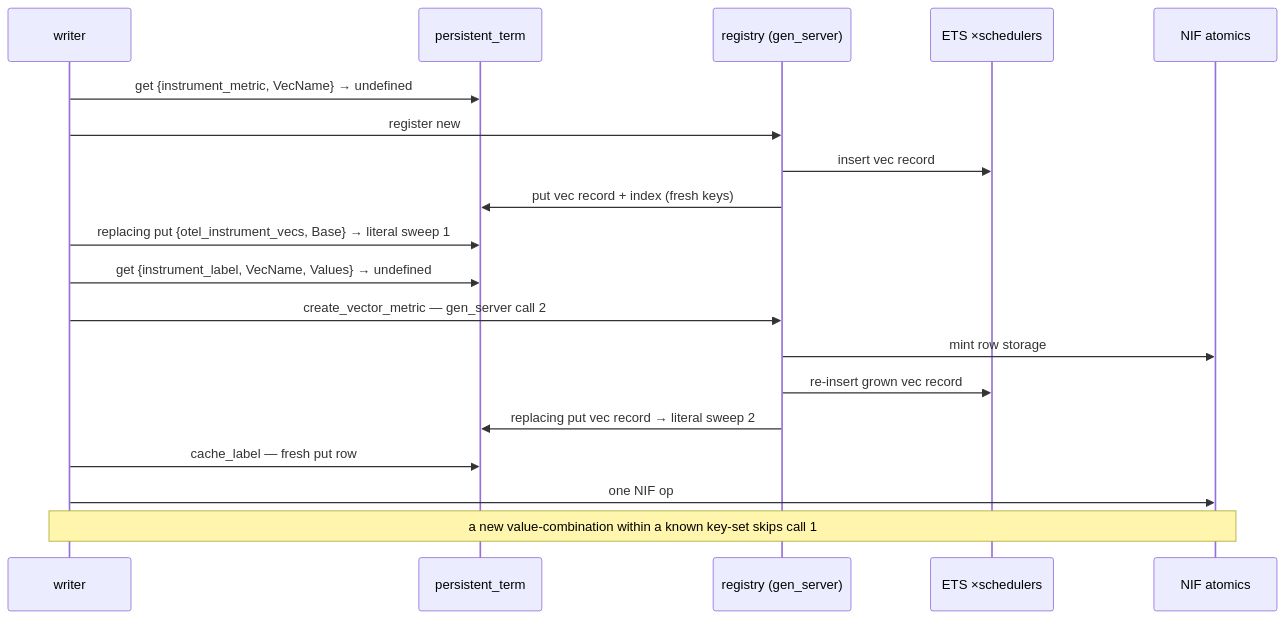
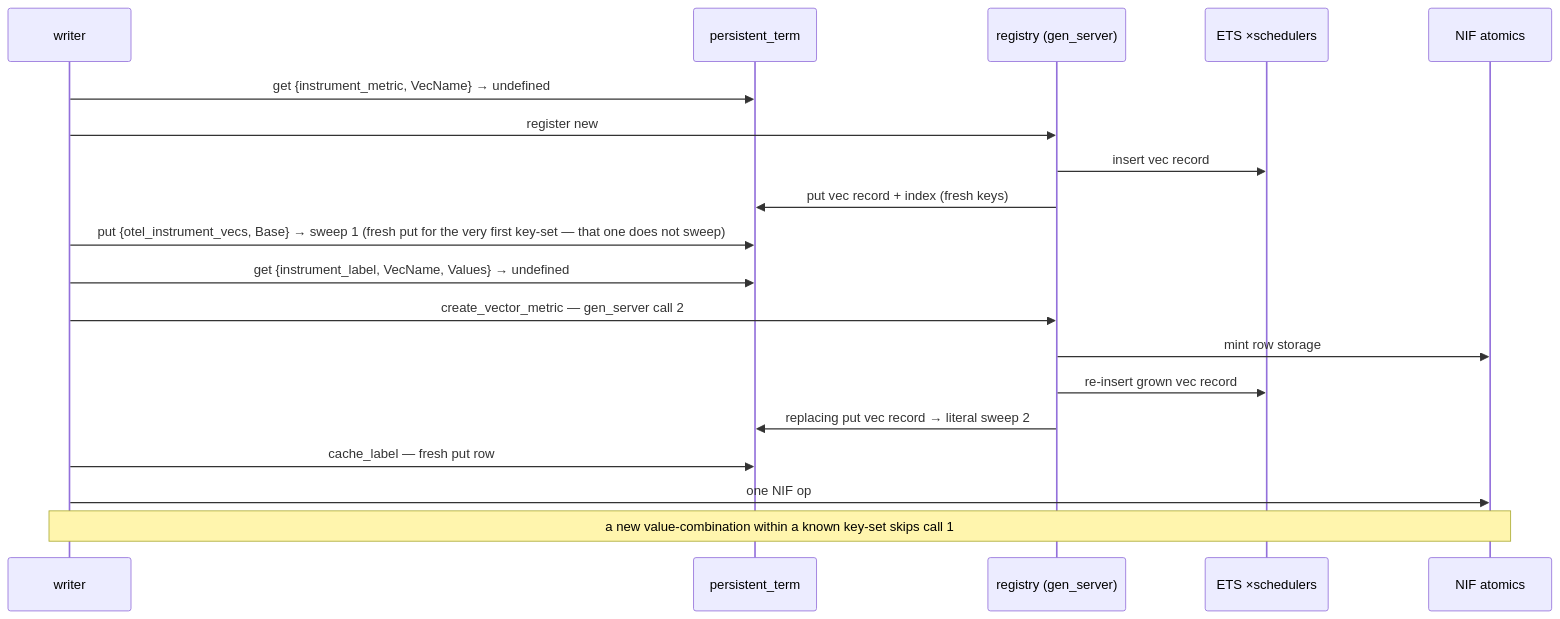
One commit to velimir/instrument changed the tenth of 17 diagrams in docs/superpowers/specs/2026-06-10-meter-row-store-design.md. Above: the diagram before and after it, drawn with Mermaid. The commit also changed other lines of this file, not shown here.

Commit message:
correct the before-side sweep accounting: the first key-set's side-table put is fresh, not replacing

````diff
--- a/docs/superpowers/specs/2026-06-10-meter-row-store-design.md
+++ b/docs/superpowers/specs/2026-06-10-meter-row-store-design.md
@@ -549,21 +549,21 @@
 ```mermaid
 sequenceDiagram
   participant W as writer
   participant PT as persistent_term
   participant R as registry (gen_server)
   participant E as ETS ×schedulers
   participant N as NIF atomics
   W->>PT: get {instrument_metric, VecName} → undefined
   W->>R: register new #vector vec — gen_server call 1
   R->>E: insert vec record
   R->>PT: put vec record + index (fresh keys)
-  W->>PT: replacing put {otel_instrument_vecs, Base} → literal sweep 1
+  W->>PT: put {otel_instrument_vecs, Base} → sweep 1 (fresh put for the very first key-set — that one does not sweep)
   W->>PT: get {instrument_label, VecName, Values} → undefined
   W->>R: create_vector_metric — gen_server call 2
   R->>N: mint row storage
   R->>E: re-insert grown vec record
   R->>PT: replacing put vec record → literal sweep 2
   W->>PT: cache_label — fresh put row
   W->>N: one NIF op
   Note over W,N: a new value-combination within a known key-set skips call 1
 ```
````
